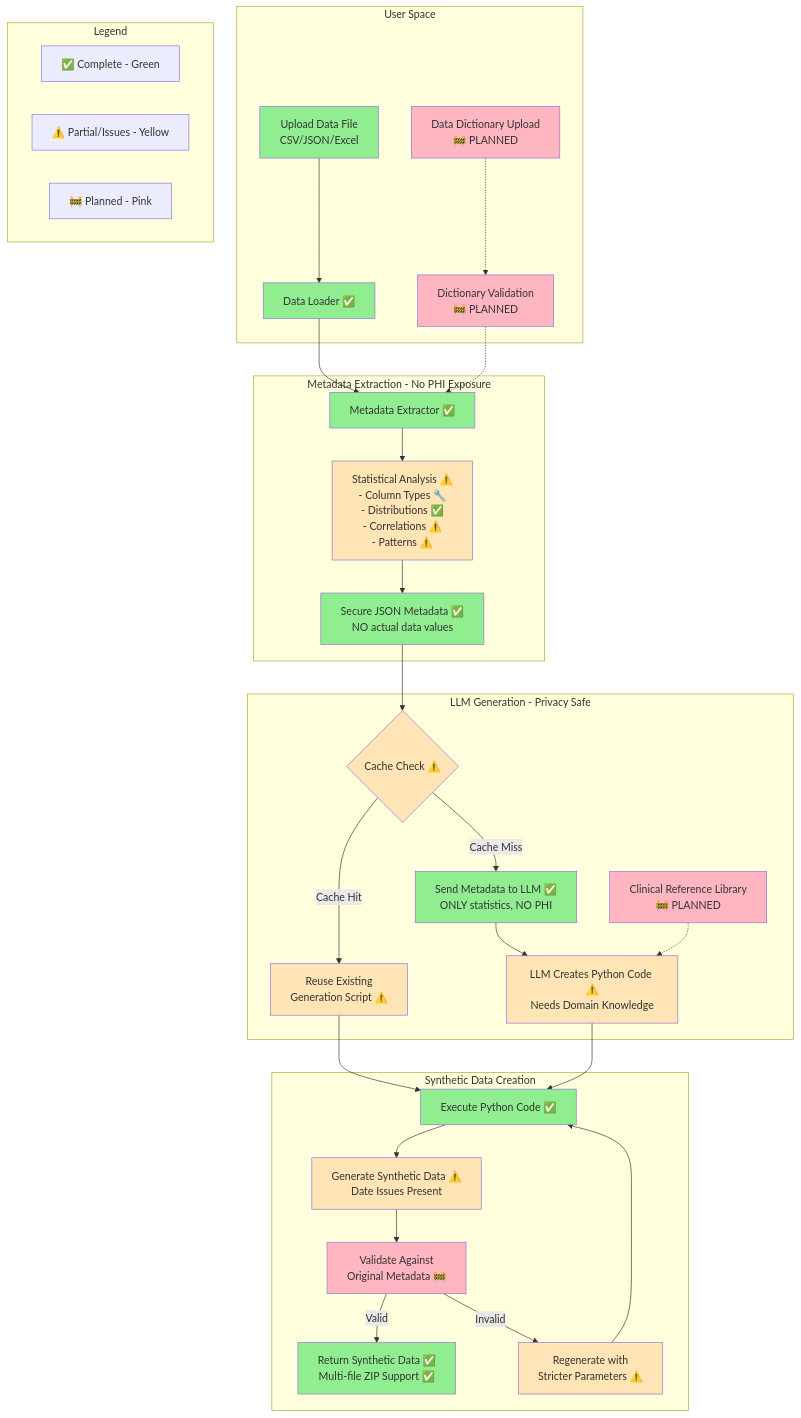
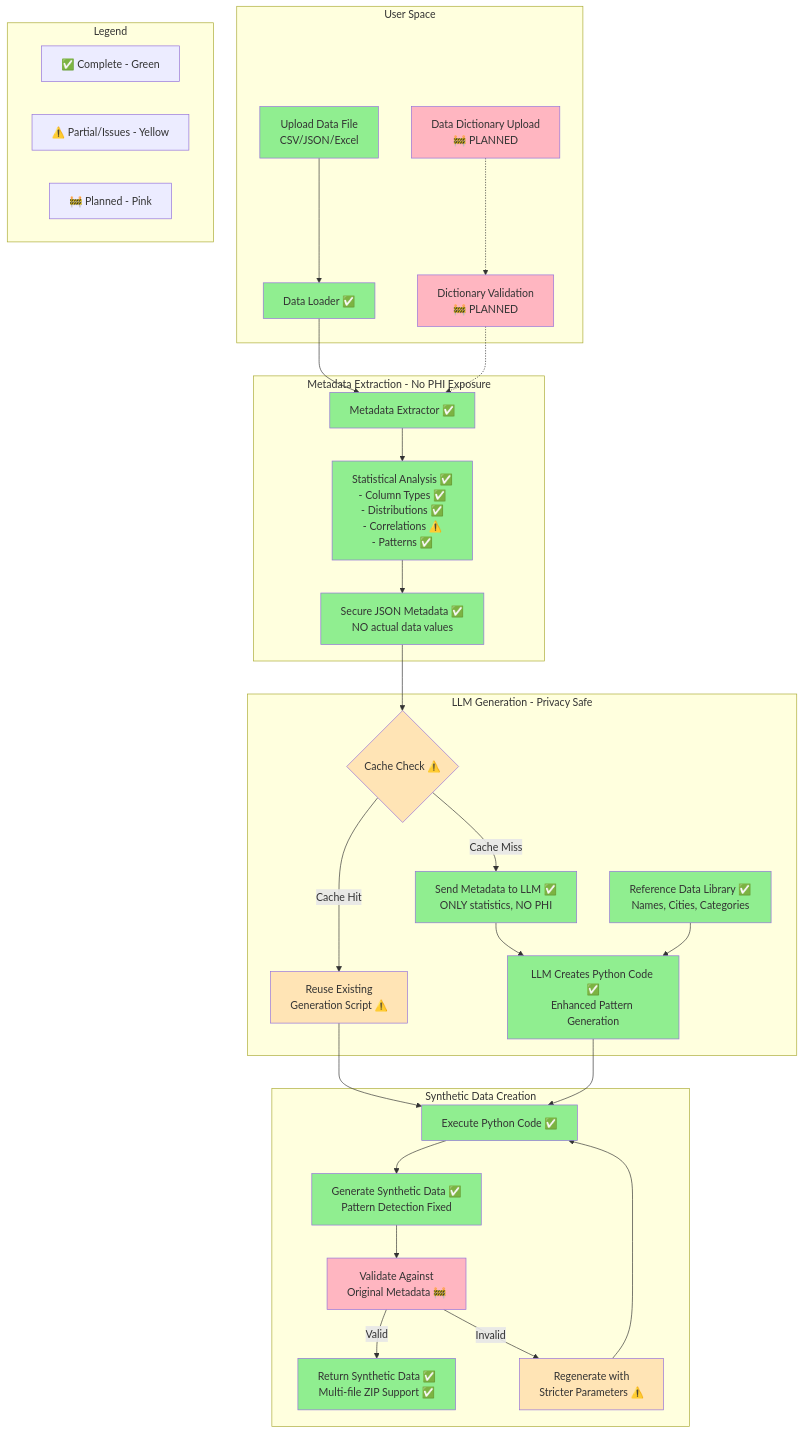
One commit to sagearbor/Create-mockData-from-real-file changed the diagram in docs/architecture-diagram.md. Above: the diagram before and after it, drawn with Mermaid. The commit also changed other lines of this file and 10 other files, not shown here.

First line of the commit message:
feat: Enhanced pattern detection and configurable safety   modes

````diff
--- a/docs/architecture-diagram.md
+++ b/docs/architecture-diagram.md
@@ -5,60 +5,60 @@
 ```mermaid
 graph TB
     subgraph "User Space"
         A[Upload Data File<br/>CSV/JSON/Excel] --> B[Data Loader ✅]
         DD[Data Dictionary Upload<br/>🚧 PLANNED] -.-> VAL[Dictionary Validation<br/>🚧 PLANNED]
     end
 
     subgraph "Metadata Extraction - No PHI Exposure"
         B --> C[Metadata Extractor ✅]
-        C --> D[Statistical Analysis ⚠️<br/>- Column Types 🔧<br/>- Distributions ✅<br/>- Correlations ⚠️<br/>- Patterns ⚠️]
+        C --> D[Statistical Analysis ✅<br/>- Column Types ✅<br/>- Distributions ✅<br/>- Correlations ⚠️<br/>- Patterns ✅]
         D --> E[Secure JSON Metadata ✅<br/>NO actual data values]
         VAL -.-> C
     end
 
     subgraph "LLM Generation - Privacy Safe"
         E --> F{Cache Check ⚠️}
         F -->|Cache Hit| G[Reuse Existing<br/>Generation Script ⚠️]
         F -->|Cache Miss| H[Send Metadata to LLM ✅<br/>ONLY statistics, NO PHI]
-        H --> I[LLM Creates Python Code ⚠️<br/>Needs Domain Knowledge]
-        REF[Clinical Reference Library<br/>🚧 PLANNED] -.-> I
+        H --> I[LLM Creates Python Code ✅<br/>Enhanced Pattern Generation]
+        REF[Reference Data Library ✅<br/>Names, Cities, Categories] --> I
     end
 
     subgraph "Synthetic Data Creation"
         G --> J[Execute Python Code ✅]
         I --> J
-        J --> K[Generate Synthetic Data ⚠️<br/>Date Issues Present]
+        J --> K[Generate Synthetic Data ✅<br/>Pattern Detection Fixed]
         K --> L[Validate Against<br/>Original Metadata 🚧]
         L -->|Valid| M[Return Synthetic Data ✅<br/>Multi-file ZIP Support ✅]
         L -->|Invalid| N[Regenerate with<br/>Stricter Parameters ⚠️]
         N --> J
     end
 
     %% Color coding for development status
     style A fill:#90EE90
     style B fill:#90EE90
     style C fill:#90EE90
     style E fill:#90EE90
     style H fill:#90EE90
     style J fill:#90EE90
     style M fill:#90EE90
 
-    style D fill:#FFE4B5
+    style D fill:#90EE90
     style F fill:#FFE4B5
     style G fill:#FFE4B5
-    style I fill:#FFE4B5
-    style K fill:#FFE4B5
+    style I fill:#90EE90
+    style K fill:#90EE90
     style N fill:#FFE4B5
 
     style DD fill:#FFB6C1
     style VAL fill:#FFB6C1
-    style REF fill:#FFB6C1
+    style REF fill:#90EE90
     style L fill:#FFB6C1
 
     %% Legend
     subgraph "Legend"
         L1[✅ Complete - Green]
         L2[⚠️ Partial/Issues - Yellow]
         L3[🚧 Planned - Pink]
     end
 ```
````
